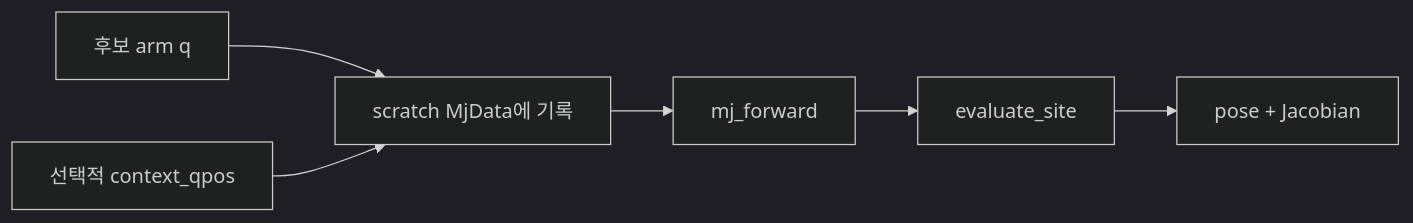
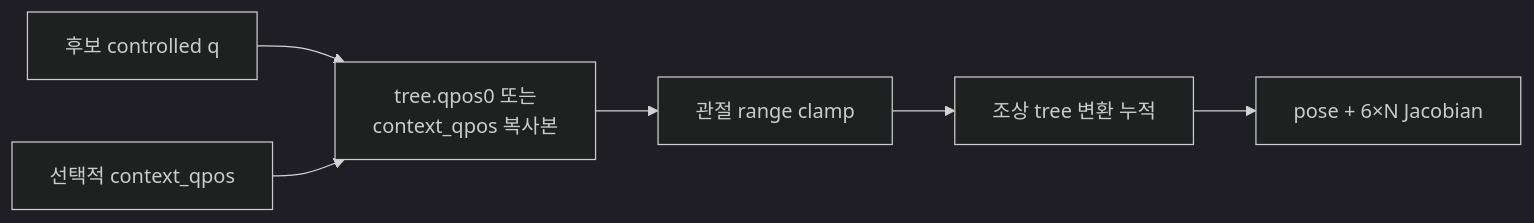
Before and after one commit to ggh-png/ffw-sh5-grasp: the third of 3 diagrams in docs/guide/kinematics.md, drawn with Mermaid (dark theme). The commit also changed other lines of this file and 40 other files, not shown here.

````diff
--- a/docs/guide/kinematics.md
+++ b/docs/guide/kinematics.md
@@ -121,8 +309,8 @@
 ```mermaid
 flowchart LR
-    Q["후보 arm q"] --> S["scratch MjData에 기록"]
-    C["선택적 context_qpos"] --> S
-    S --> F["mj_forward"]
-    F --> E["evaluate_site"]
-    E --> R["pose + Jacobian"]
+    Q["후보 controlled q"] --> V["tree.qpos0 또는<br>context_qpos 복사본"]
+    C["선택적 context_qpos"] --> V
+    V --> B["관절 range clamp"]
+    B --> F["조상 tree 변환 누적"]
+    F --> R["pose + 6×N Jacobian"]
 ```
````
